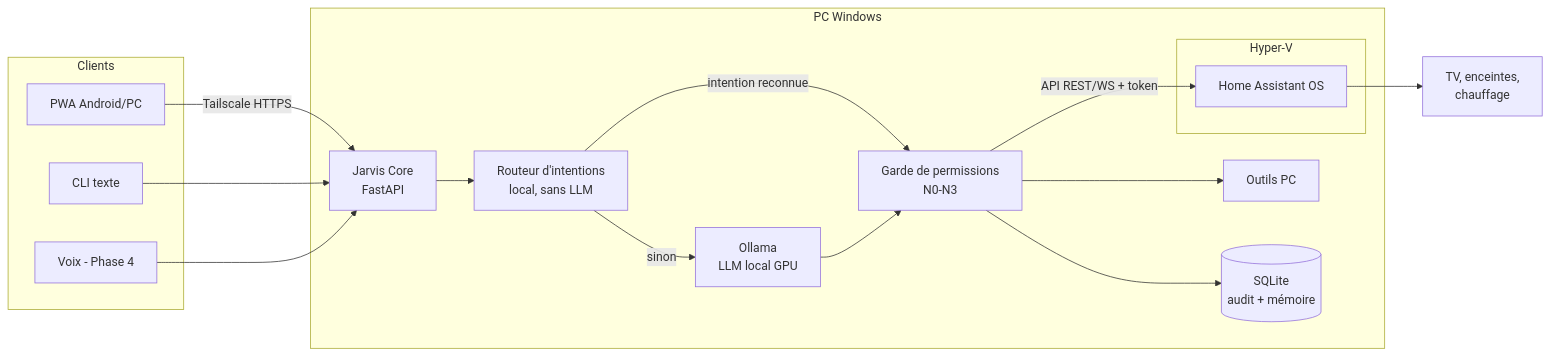
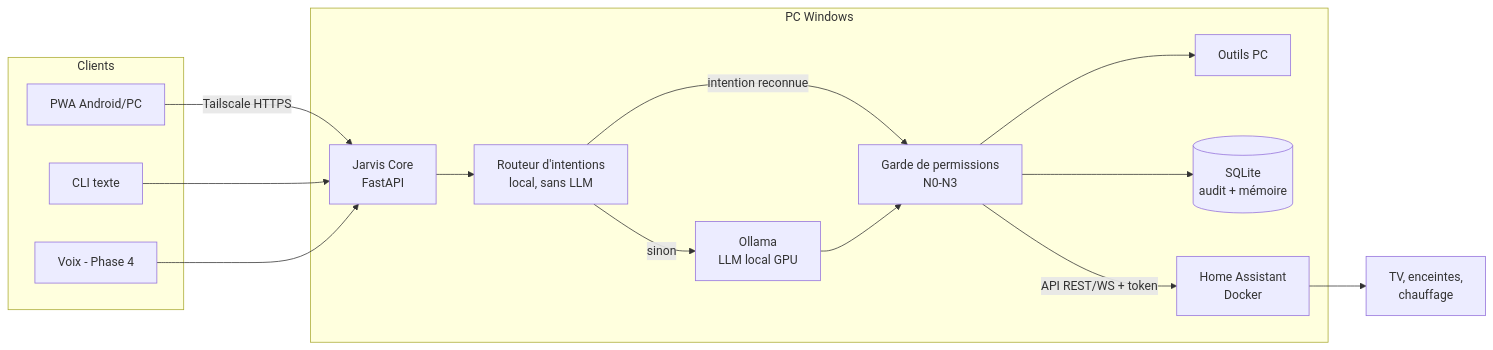
One commit to RomainChe/myJarvis changed the diagram in docs/ARCHITECTURE.md. Above: the diagram before and after it, drawn with Mermaid. The commit also changed other lines of this file and 11 other files, not shown here.

Commit message:
Docs : compactage des parties terminées (migration mini-PC, plan domotique, À faire, ROADMAP, INSTALL), suppression de TEST_MANUEL_PHASE_3 et haos_vm.ps1

````diff
--- a/docs/ARCHITECTURE.md
+++ b/docs/ARCHITECTURE.md
@@ -19,29 +19,27 @@
 ```mermaid
 flowchart LR
   subgraph Clients
     PWA[PWA Android/PC]
     CLI[CLI texte]
     MIC[Voix - Phase 4]
   end
   subgraph PC Windows
     CORE[Jarvis Core<br/>FastAPI]
     ROUTER[Routeur d'intentions<br/>local, sans LLM]
     GATE[Garde de permissions<br/>N0-N3]
     LLM[Ollama<br/>LLM local GPU]
     PCT[Outils PC]
     DB[(SQLite<br/>audit + mémoire)]
-    subgraph Hyper-V
-      HA[Home Assistant OS]
-    end
+    HA[Home Assistant<br/>Docker]
   end
   DEV[TV, enceintes,<br/>chauffage]
   PWA -- Tailscale HTTPS --> CORE
   CLI --> CORE
   MIC --> CORE
   CORE --> ROUTER
   ROUTER -- intention reconnue --> GATE
   ROUTER -- sinon --> LLM --> GATE
   GATE --> PCT
   GATE -- API REST/WS + token --> HA --> DEV
   GATE --> DB
 ```
````
